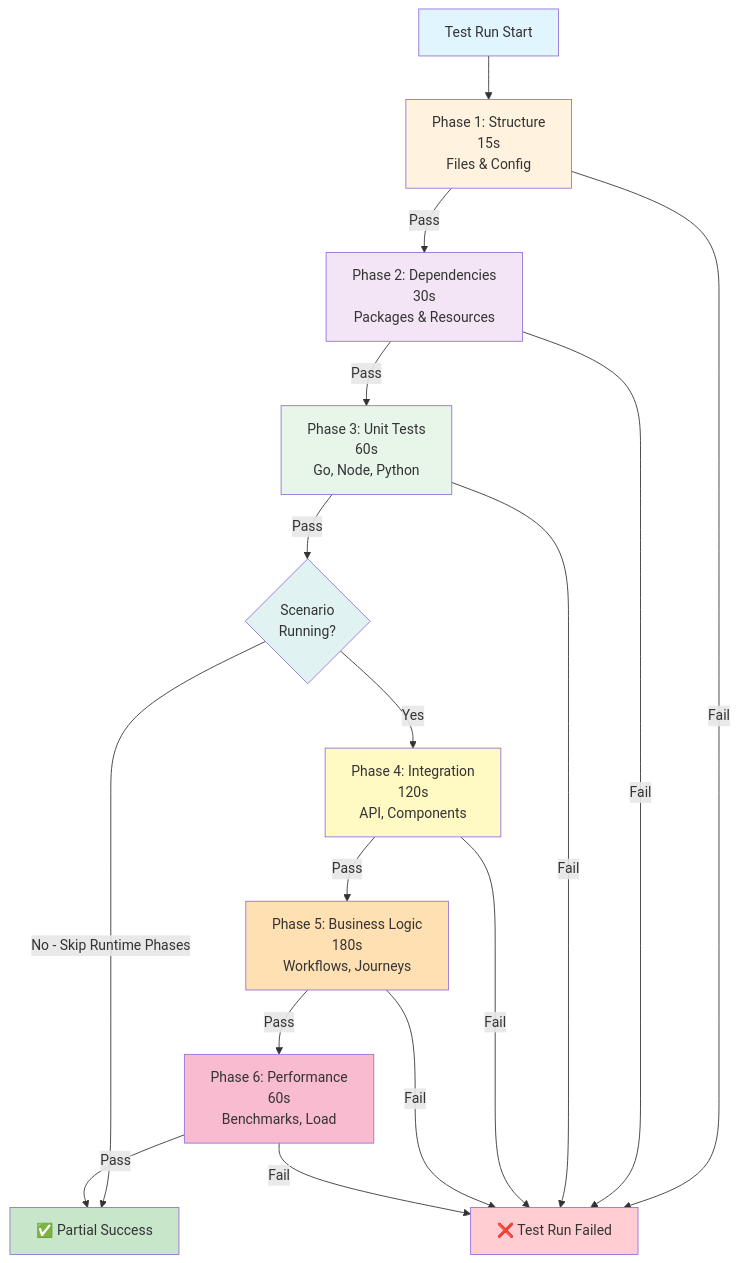
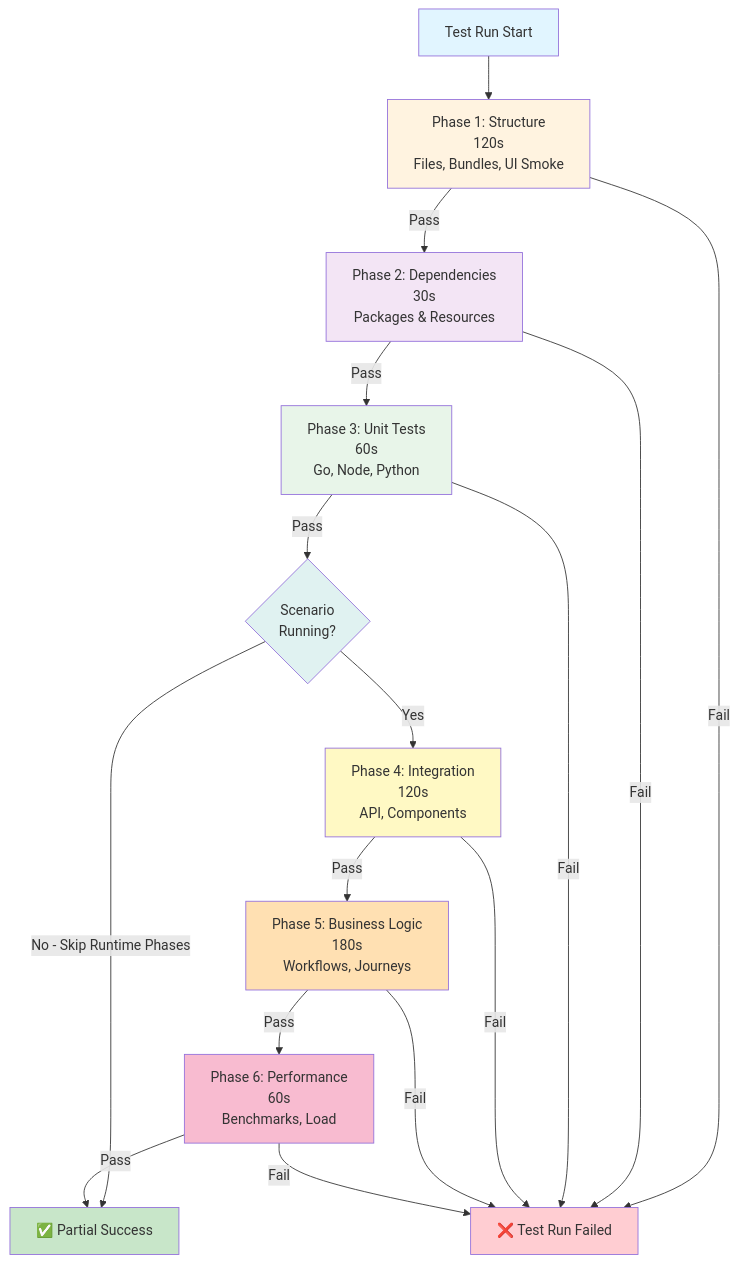
The diagram in docs/testing/architecture/PHASED_TESTING.md (Vrooli/Vrooli), drawn with Mermaid before and after one commit. The commit also changed other lines of this file and 17 other files, not shown here.

````diff
--- a/docs/testing/architecture/PHASED_TESTING.md
+++ b/docs/testing/architecture/PHASED_TESTING.md
@@ -95,36 +100,36 @@
 ```mermaid
 graph TD
-    START[Test Run Start] --> STRUCTURE[Phase 1: Structure<br/>15s<br/>Files & Config]
+    START[Test Run Start] --> STRUCTURE[Phase 1: Structure<br/>120s<br/>Files, Bundles, UI Smoke]
 
     STRUCTURE -->|Pass| DEPS[Phase 2: Dependencies<br/>30s<br/>Packages & Resources]
     STRUCTURE -->|Fail| FAIL[❌ Test Run Failed]
 
     DEPS -->|Pass| UNIT[Phase 3: Unit Tests<br/>60s<br/>Go, Node, Python]
     DEPS -->|Fail| FAIL
 
     UNIT -->|Pass| DECISION{Scenario<br/>Running?}
     UNIT -->|Fail| FAIL
 
     DECISION -->|Yes| INTEGRATION[Phase 4: Integration<br/>120s<br/>API, Components]
     DECISION -->|No - Skip Runtime Phases| SUCCESS[✅ Partial Success]
 
     INTEGRATION -->|Pass| BUSINESS[Phase 5: Business Logic<br/>180s<br/>Workflows, Journeys]
     INTEGRATION -->|Fail| FAIL
 
     BUSINESS -->|Pass| PERF[Phase 6: Performance<br/>60s<br/>Benchmarks, Load]
     BUSINESS -->|Fail| FAIL
 
     PERF -->|Pass| SUCCESS
     PERF -->|Fail| FAIL
 
     style START fill:#e1f5ff
     style STRUCTURE fill:#fff3e0
     style DEPS fill:#f3e5f5
     style UNIT fill:#e8f5e9
     style INTEGRATION fill:#fff9c4
     style BUSINESS fill:#ffe0b2
     style PERF fill:#f8bbd0
     style SUCCESS fill:#c8e6c9
     style FAIL fill:#ffcdd2
     style DECISION fill:#e0f2f1
 ```
````
